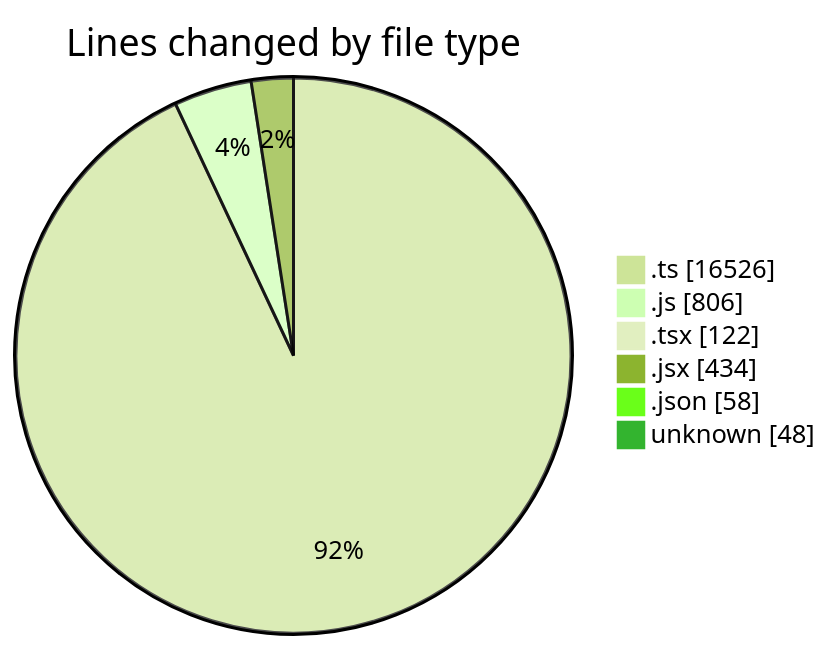
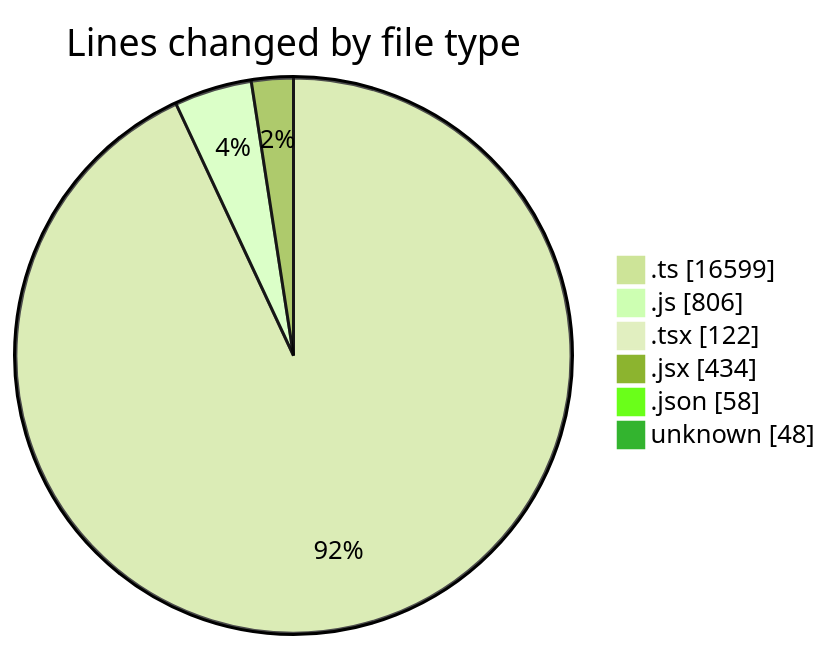
One commit to momahboobian/code-tracking changed the first of 2 diagrams in 2025-11-12/cda/README.md. Above: the diagram before and after it, drawn with Mermaid (forest theme). The commit also changed other lines of this file and 1 other file, not shown here.

````diff
--- a/2025-11-12/cda/README.md
+++ b/2025-11-12/cda/README.md
@@ -35,10 +35,10 @@
 ```mermaid
 pie showData
 title Lines changed by file type
-".ts" : 16526
+".ts" : 16599
 ".js" : 806
 ".tsx" : 122
 ".jsx" : 434
 ".json" : 58
 "unknown" : 48
 ```
````
